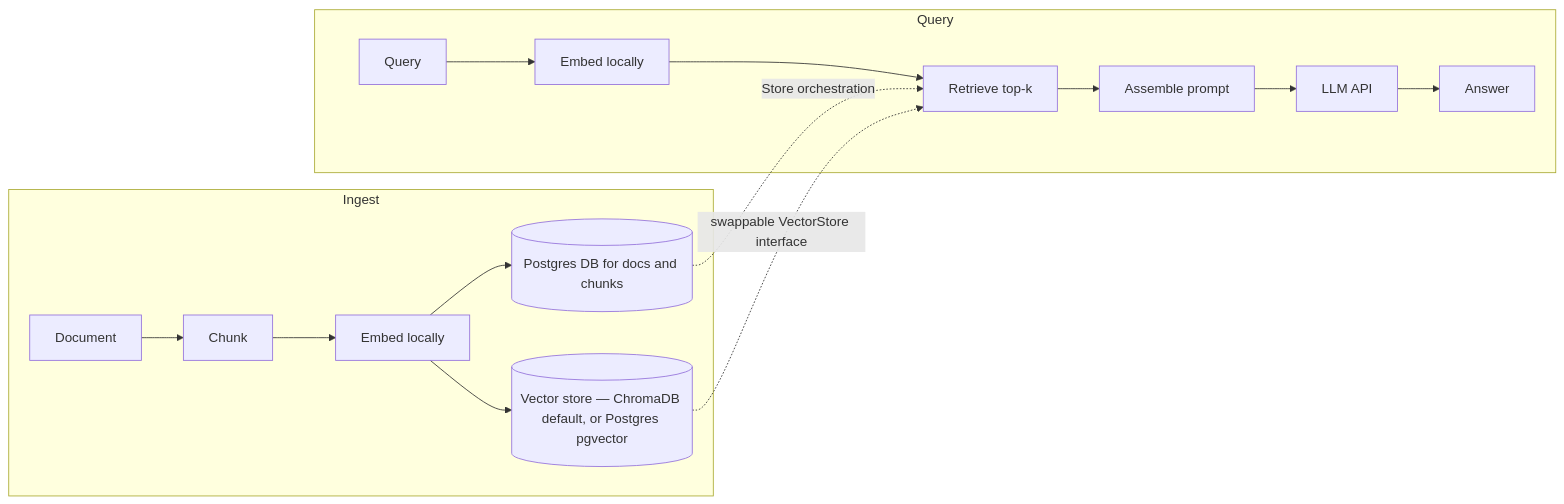
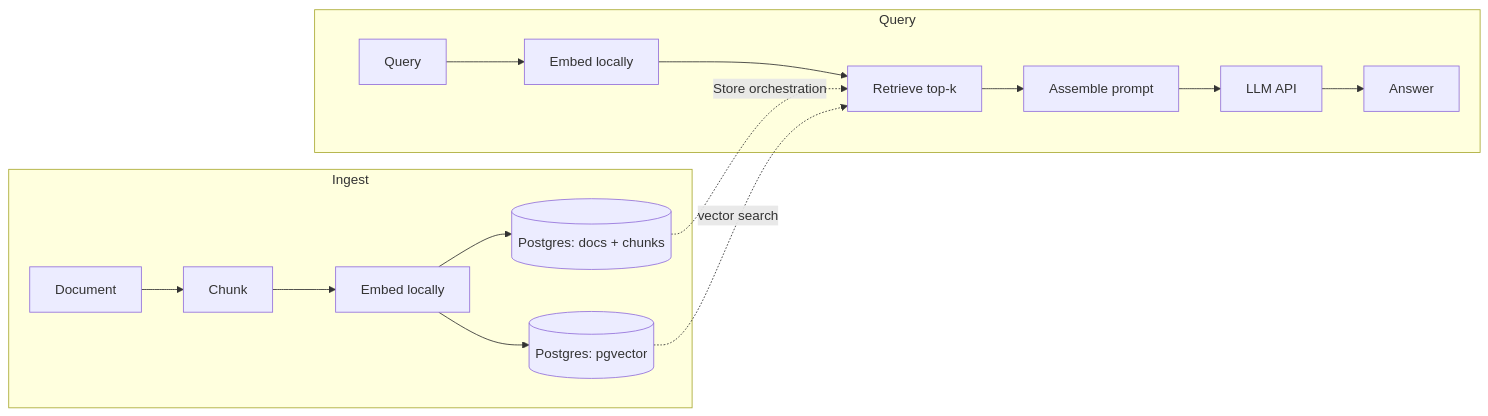
The diagram in README.md (richard-haberern/rag-app), drawn with Mermaid before and after one commit. The commit also changed other lines of this file and 22 other files, not shown here.

Commit message:
Removed the Chroma database and the vector store seam.

````diff
--- a/README.md
+++ b/README.md
@@ -41,18 +43,18 @@
 ```mermaid
 flowchart LR
     subgraph Ingest
         A[Document] --> B[Chunk]
         B --> C[Embed locally]
-        C --> D[(Postgres DB for docs and chunks)]
-        C --> E[(Vector store — ChromaDB default, or Postgres pgvector)]
+        C --> D[(Postgres: docs + chunks)]
+        C --> E[(Postgres: pgvector)]
     end
     subgraph Query
         Q[Query] --> R[Embed locally]
         R --> S[Retrieve top-k]
         S --> T[Assemble prompt]
         T --> U[LLM API]
         U --> V[Answer]
     end
     D -. Store orchestration .-> S
-    E -. swappable VectorStore interface .-> S
+    E -. vector search .-> S
 ```
````
